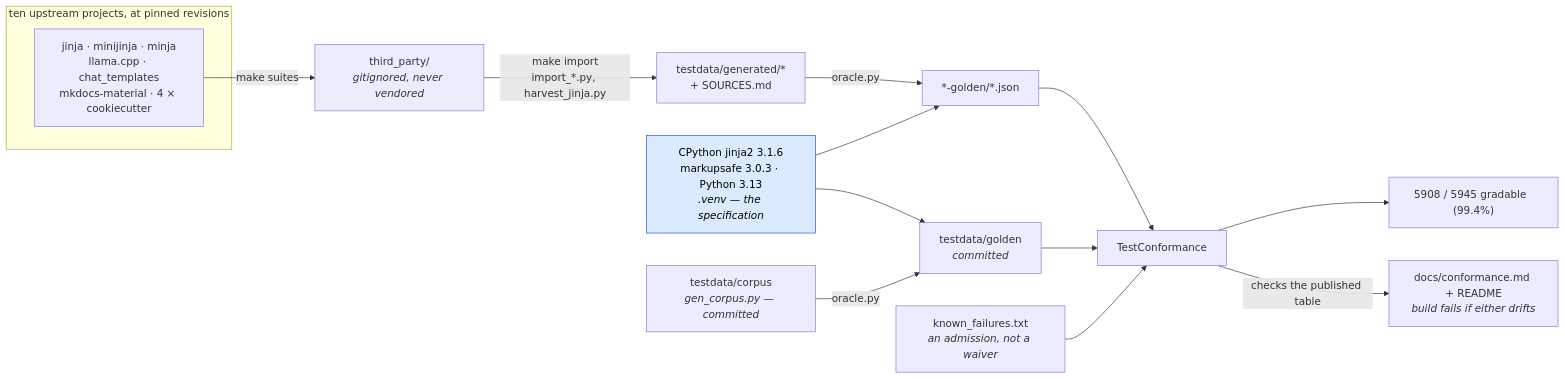
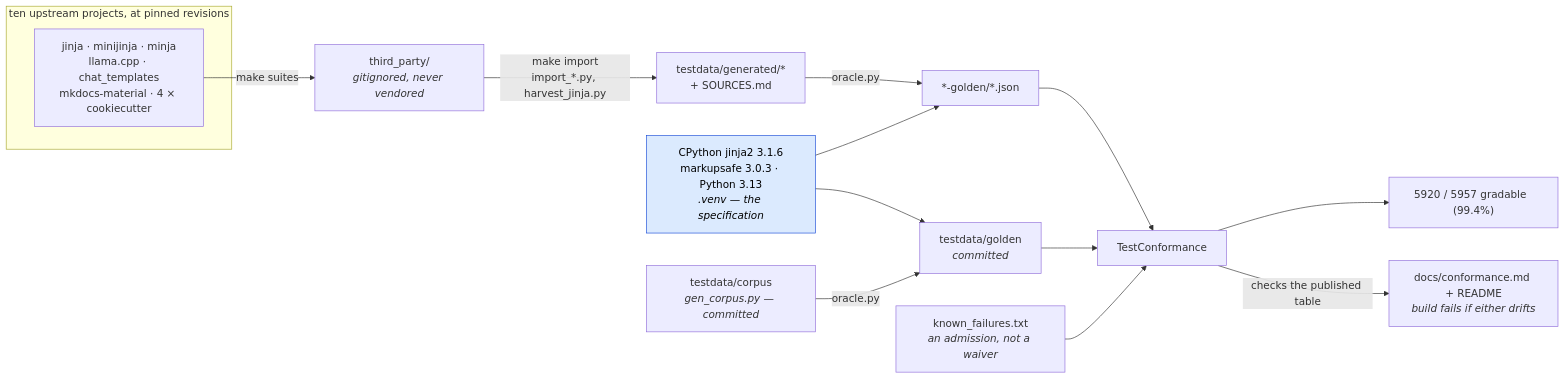
The first of 2 diagrams in docs/conformance.md (mgilbir/gojja2), drawn with Mermaid before and after one commit. The commit also changed other lines of this file and 41 other files, not shown here.

````diff
--- a/docs/conformance.md
+++ b/docs/conformance.md
@@ -17,24 +17,24 @@
 ```mermaid
 flowchart LR
     subgraph up["ten upstream projects, at pinned revisions"]
         U1["jinja · minijinja · minja<br/>llama.cpp · chat_templates<br/>mkdocs-material · 4 × cookiecutter"]
     end
     U1 -->|"make suites"| TP["third_party/<br/><i>gitignored, never vendored</i>"]
     TP -->|"make import<br/>import_*.py, harvest_jinja.py"| GEN["testdata/generated/*<br/>+ SOURCES.md"]
 
     ORA["CPython jinja2 3.1.6<br/>markupsafe 3.0.3 · Python 3.13<br/><i>.venv — the specification</i>"]
     GEN -->|"oracle.py"| G2["*-golden/*.json"]
     ORA --> G2
 
     OWN["testdata/corpus<br/><i>gen_corpus.py — committed</i>"] -->|"oracle.py"| G1["testdata/golden<br/><i>committed</i>"]
     ORA --> G1
 
     G1 --> TC["TestConformance"]
     G2 --> TC
     KF["known_failures.txt<br/><i>an admission, not a waiver</i>"] --> TC
-    TC --> RATE["5908 / 5945 gradable  (99.4%)"]
+    TC --> RATE["5920 / 5957 gradable  (99.4%)"]
     TC -->|"checks the published table"| RM["docs/conformance.md + README<br/><i>build fails if either drifts</i>"]
 
     classDef spec fill:#dbeafe,stroke:#1d4ed8,color:#000
     class ORA spec
 ```
````
